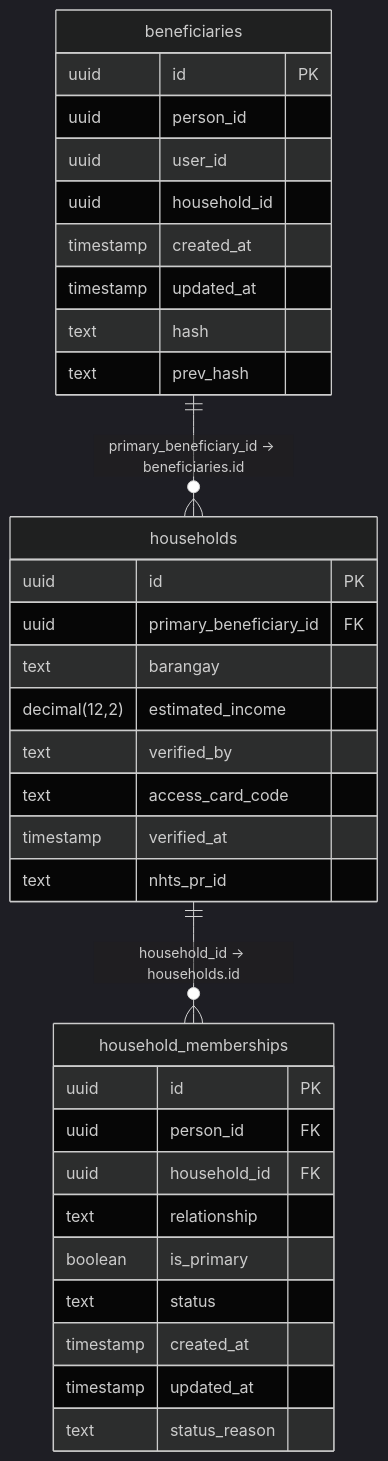
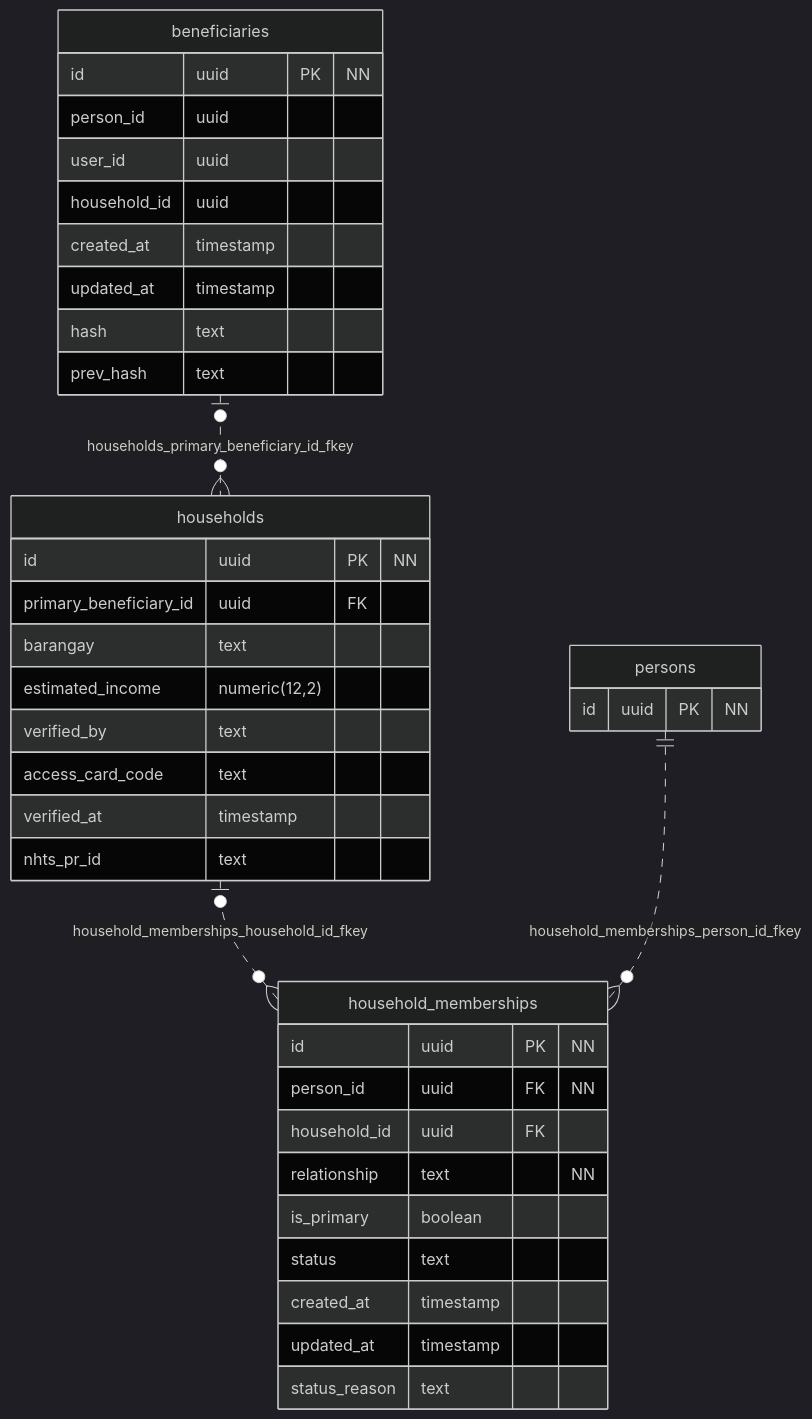
One commit to urlsalimbot/THESIS1-KAPWA changed the second of 12 diagrams in docs/diagrams/06-erd.md. Above: the diagram before and after it, drawn with Mermaid (dark theme). The commit also changed other lines of this file and 2 other files, not shown here.

First line of the commit message:
docs(diagrams): rework the ERD into Oracle physical notation, generated

````diff
--- a/docs/diagrams/06-erd.md
+++ b/docs/diagrams/06-erd.md
@@ -422,39 +229,41 @@
 ```mermaid
 erDiagram
+    direction TB
     "households" {
-        uuid id PK
-        uuid primary_beneficiary_id FK
-        text barangay
-        decimal(12,2) estimated_income
-        text verified_by
-        text access_card_code
-        timestamp verified_at
-        text nhts_pr_id
+        id uuid PK "NN"
+        primary_beneficiary_id uuid FK
+        barangay text
+        estimated_income numeric(12,2)
+        verified_by text
+        access_card_code text
+        verified_at timestamp
+        nhts_pr_id text
     }
-
     "beneficiaries" {
-        uuid id PK
-        uuid person_id
-        uuid user_id
-        uuid household_id
-        timestamp created_at
-        timestamp updated_at
-        text hash
-        text prev_hash
+        id uuid PK "NN"
+        person_id uuid
+        user_id uuid
+        household_id uuid
+        created_at timestamp
+        updated_at timestamp
+        hash text
+        prev_hash text
     }
-
     "household_memberships" {
-        uuid id PK
-        uuid person_id FK
-        uuid household_id FK
-        text relationship
-        boolean is_primary
-        text status
-        timestamp created_at
-        timestamp updated_at
-        text status_reason
+        id uuid PK "NN"
+        person_id uuid FK "NN"
+        household_id uuid FK
+        relationship text "NN"
+        is_primary boolean
+        status text
+        created_at timestamp
+        updated_at timestamp
+        status_reason text
     }
-
-    "households" ||--o{ "household_memberships" : "household_id -> households.id"
-    "beneficiaries" ||--o{ "households" : "primary_beneficiary_id -> beneficiaries.id"
+    "persons" {
+        id uuid PK "NN"
+    }
+    "beneficiaries" o|..o{ "households" : "households_primary_beneficiary_id_fkey"
+    "households" o|..o{ "household_memberships" : "household_memberships_household_id_fkey"
+    "persons" ||..o{ "household_memberships" : "household_memberships_person_id_fkey"
 ```
````
